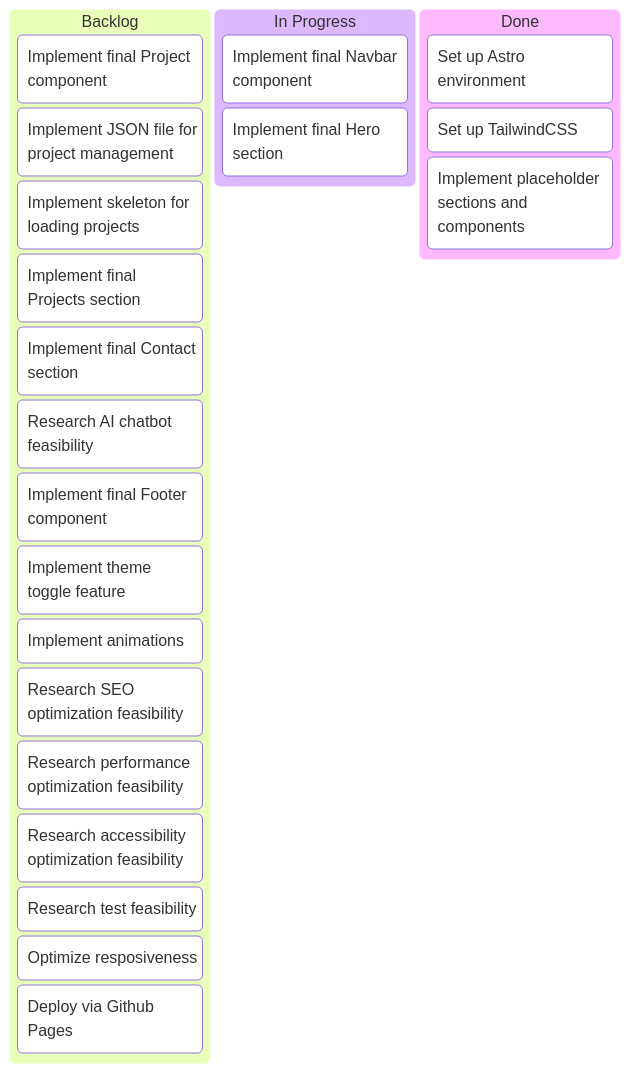
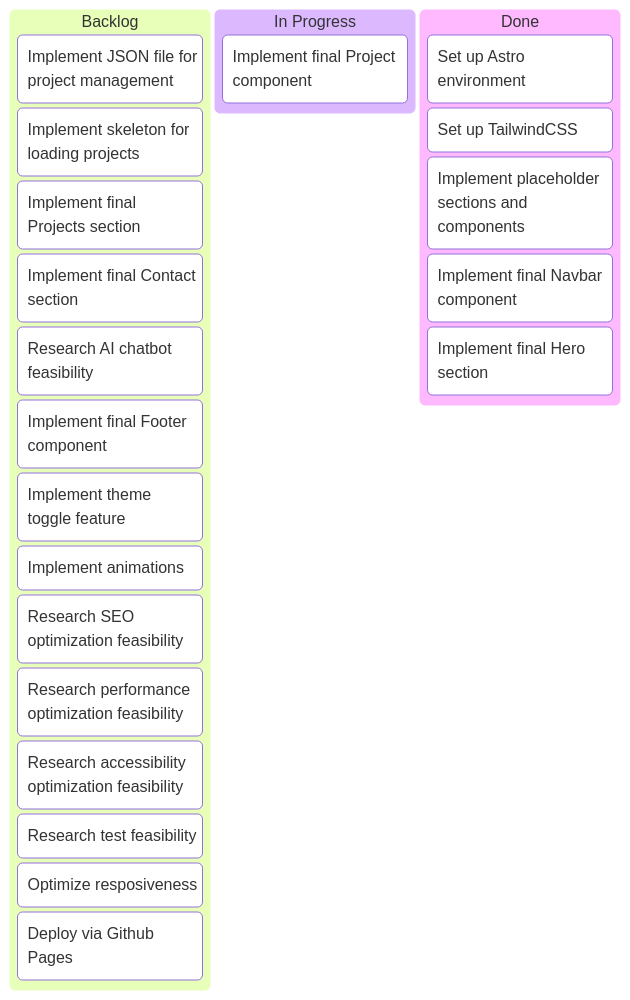
Before and after one commit to CantarinoG/portfolio: the diagram in docs/kanban.md, drawn with Mermaid. The commit also changed other lines of this file and 3 other files, not shown here.

First line of the commit message:
feat: implement final hero section and fix navbar (#2)

````diff
--- a/docs/kanban.md
+++ b/docs/kanban.md
@@ -1,26 +1,26 @@
 ```mermaid
 kanban
   stage1[Backlog]
-    card8[Implement final Project component]
     card22[Implement JSON file for project management]
     card10[Implement skeleton for loading projects]
     card11[Implement final Projects section]
     card12[Implement final Contact section]
     card13[Research AI chatbot feasibility]
     card14[Implement final Footer component]
     card15[Implement theme toggle feature]
     card16[Implement animations]
     card17[Research SEO optimization feasibility]
     card18[Research performance optimization feasibility]
     card19[Research accessibility optimization feasibility]
     card21[Research test feasibility]
     card23[Optimize resposiveness]
     card20[Deploy via Github Pages]
   stage2[In Progress]
-    card6[Implement final Navbar component]
-    card7[Implement final Hero section]
+    card8[Implement final Project component]
   stage3[Done]
     card1[Set up Astro environment]
     card24[Set up TailwindCSS]
     card5[Implement placeholder sections and components]
+    card6[Implement final Navbar component]
+    card7[Implement final Hero section]
 ```
````
